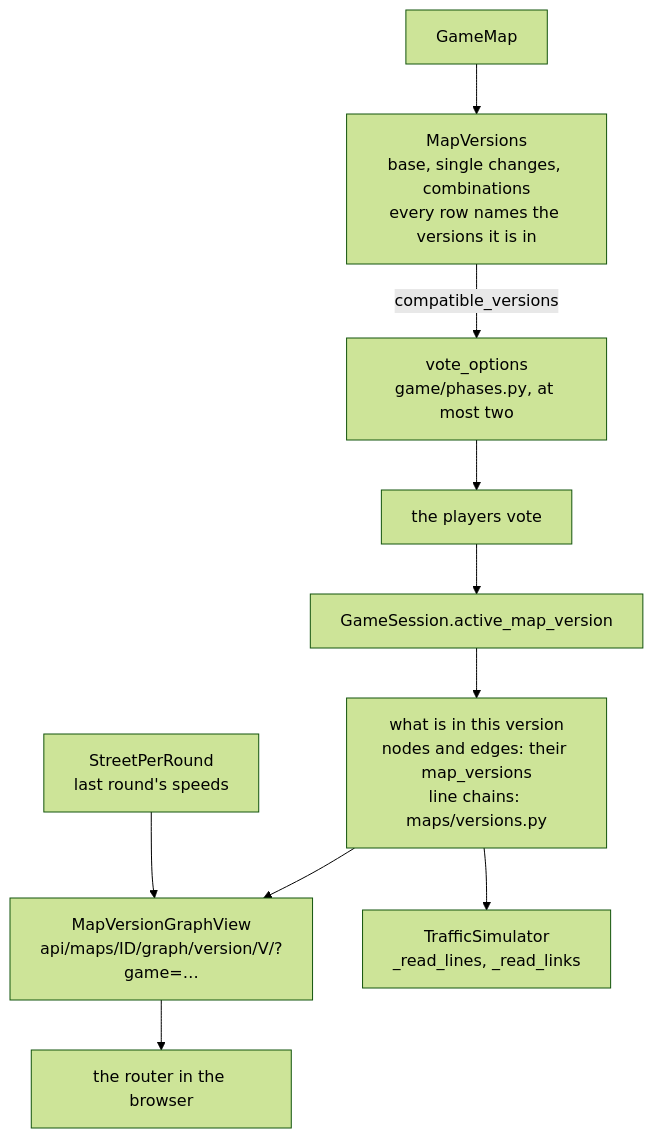
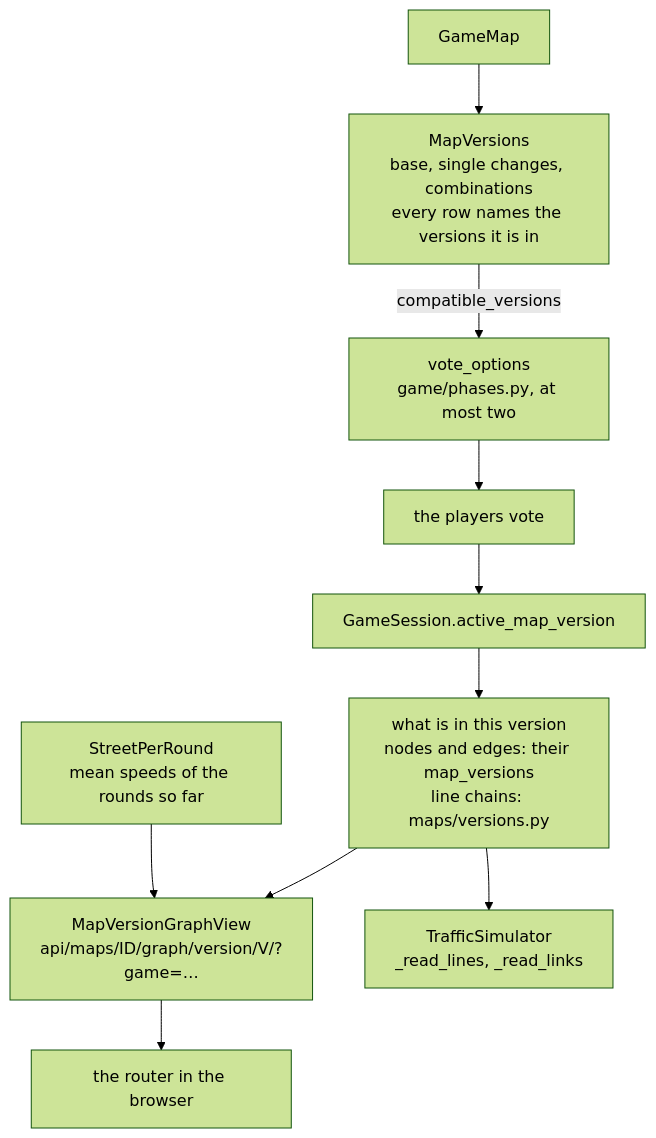
Diagram 12 of 12 in docs/en-flowcharts.md (luke-hirsch/co2mmute), drawn with Mermaid (forest theme) before and after one commit. The commit also changed other lines of this file and 21 other files, not shown here.

````diff
--- a/docs/en-flowcharts.md
+++ b/docs/en-flowcharts.md
@@ -428,12 +428,12 @@
 ```mermaid
 flowchart TD
     map["GameMap"] --> versions["MapVersions<br>base, single changes, combinations<br>every row names the versions it is in"]
     versions -->|"compatible_versions"| ballot["vote_options<br>game/phases.py, at most two"]
     ballot --> vote["the players vote"]
     vote --> active["GameSession.active_map_version"]
     active --> filter["what is in this version<br>nodes and edges: their map_versions<br>line chains: maps/versions.py"]
     filter --> graphApi["MapVersionGraphView<br>api/maps/ID/graph/version/V/?game=…"]
     filter --> simRead["TrafficSimulator<br>_read_lines, _read_links"]
-    lastRound["StreetPerRound<br>last round's speeds"] --> graphApi
+    lastRound["StreetPerRound<br>mean speeds of the rounds so far"] --> graphApi
     graphApi --> router["the router in the browser"]
 ```
````
